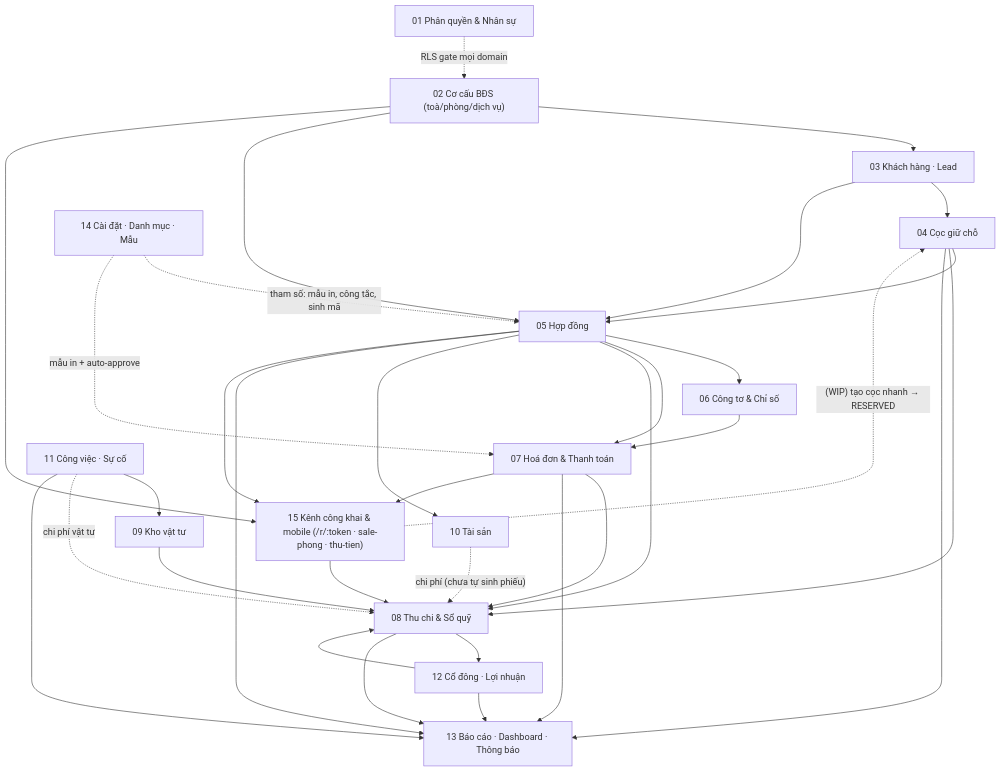
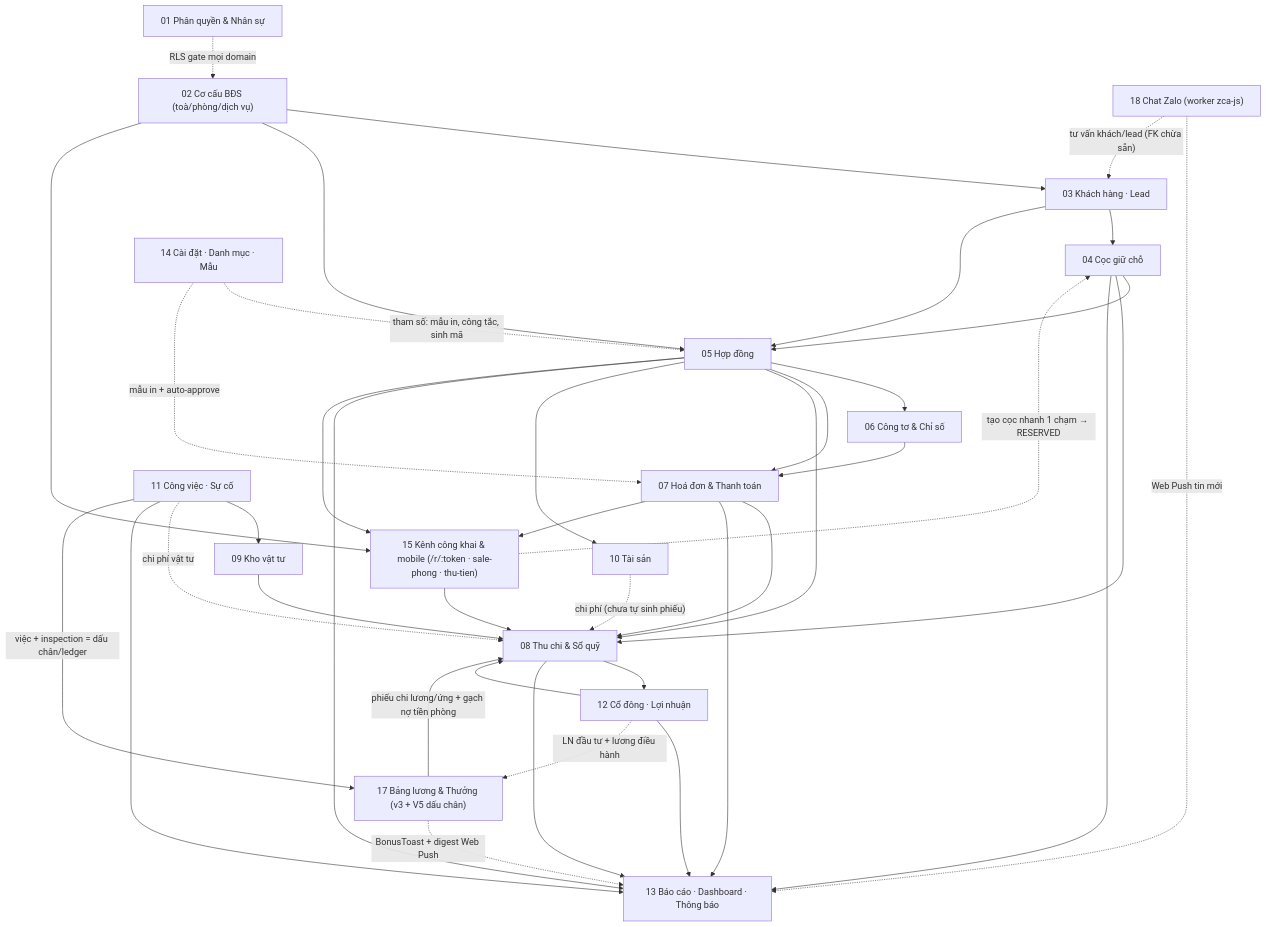
The fourth of 4 diagrams in docs/he-thong/00-tong-quan.md (zxGreenxz/whiteboard-ihomecrm), drawn with Mermaid before and after one commit. The commit also changed other lines of this file and 20 other files, not shown here.

First line of the commit message:
docs(he-thong): đại tu toàn bộ 21 file — khớp code 2026-07-03 + 2 doc mới (17 lương, 18 Zalo)

````diff
--- a/docs/he-thong/00-tong-quan.md
+++ b/docs/he-thong/00-tong-quan.md
@@ -235,52 +257,60 @@
 ```mermaid
 flowchart TD
   d01["01 Phân quyền & Nhân sự"]
   d02["02 Cơ cấu BĐS (toà/phòng/dịch vụ)"]
   d03["03 Khách hàng · Lead"]
   d04["04 Cọc giữ chỗ"]
   d05["05 Hợp đồng"]
   d06["06 Công tơ & Chỉ số"]
   d07["07 Hoá đơn & Thanh toán"]
   d08["08 Thu chi & Sổ quỹ"]
   d09["09 Kho vật tư"]
   d10["10 Tài sản"]
   d11["11 Công việc · Sự cố"]
   d12["12 Cổ đông · Lợi nhuận"]
   d13["13 Báo cáo · Dashboard · Thông báo"]
   d14["14 Cài đặt · Danh mục · Mẫu"]
   d15["15 Kênh công khai & mobile (/r/:token · sale-phong · thu-tien)"]
+  d17["17 Bảng lương & Thưởng (v3 + V5 dấu chân)"]
+  d18["18 Chat Zalo (worker zca-js)"]
 
   d01 -.->|"RLS gate mọi domain"| d02
   d14 -.->|"tham số: mẫu in, công tắc, sinh mã"| d05
   d14 -.->|"mẫu in + auto-approve"| d07
 
   d02 --> d03
   d02 --> d05
   d03 --> d04
   d04 --> d05
   d03 --> d05
   d05 --> d06
   d05 --> d07
   d06 --> d07
   d07 --> d08
   d04 --> d08
   d05 --> d08
   d11 --> d09
   d09 --> d08
   d10 -.->|"chi phí (chưa tự sinh phiếu)"| d08
   d05 --> d10
   d11 -.->|"chi phí vật tư"| d08
   d08 --> d12
   d08 --> d13
   d07 --> d13
   d05 --> d13
   d04 --> d13
   d11 --> d13
   d12 --> d13
   d12 --> d08
   d02 --> d15
   d05 --> d15
   d07 --> d15
   d15 --> d08
-  d15 -.->|"(WIP) tạo cọc nhanh → RESERVED"| d04
+  d15 -.->|"tạo cọc nhanh 1 chạm → RESERVED"| d04
+  d11 -->|"việc + inspection = dấu chân/ledger"| d17
+  d17 -->|"phiếu chi lương/ứng + gạch nợ tiền phòng"| d08
+  d12 -.->|"LN đầu tư + lương điều hành"| d17
+  d17 -.->|"BonusToast + digest Web Push"| d13
+  d18 -.->|"Web Push tin mới"| d13
+  d18 -.->|"tư vấn khách/lead (FK chừa sẵn)"| d03
 ```
````
